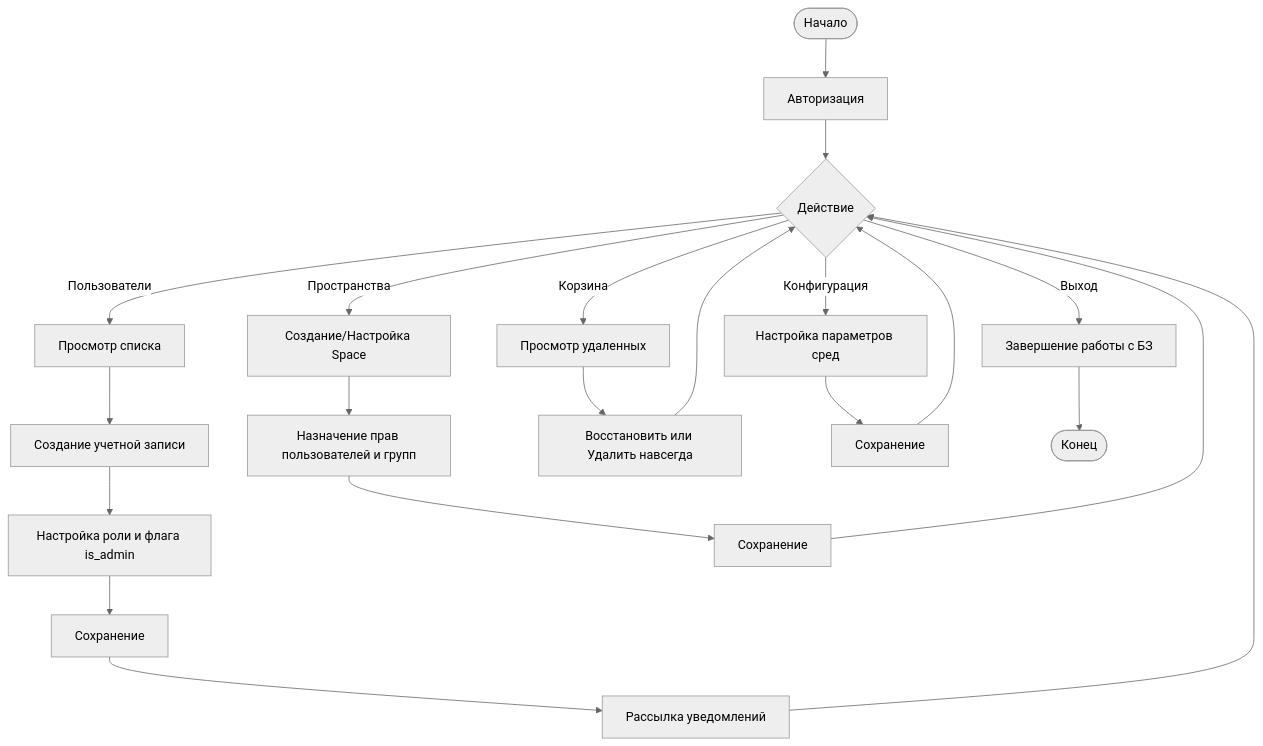
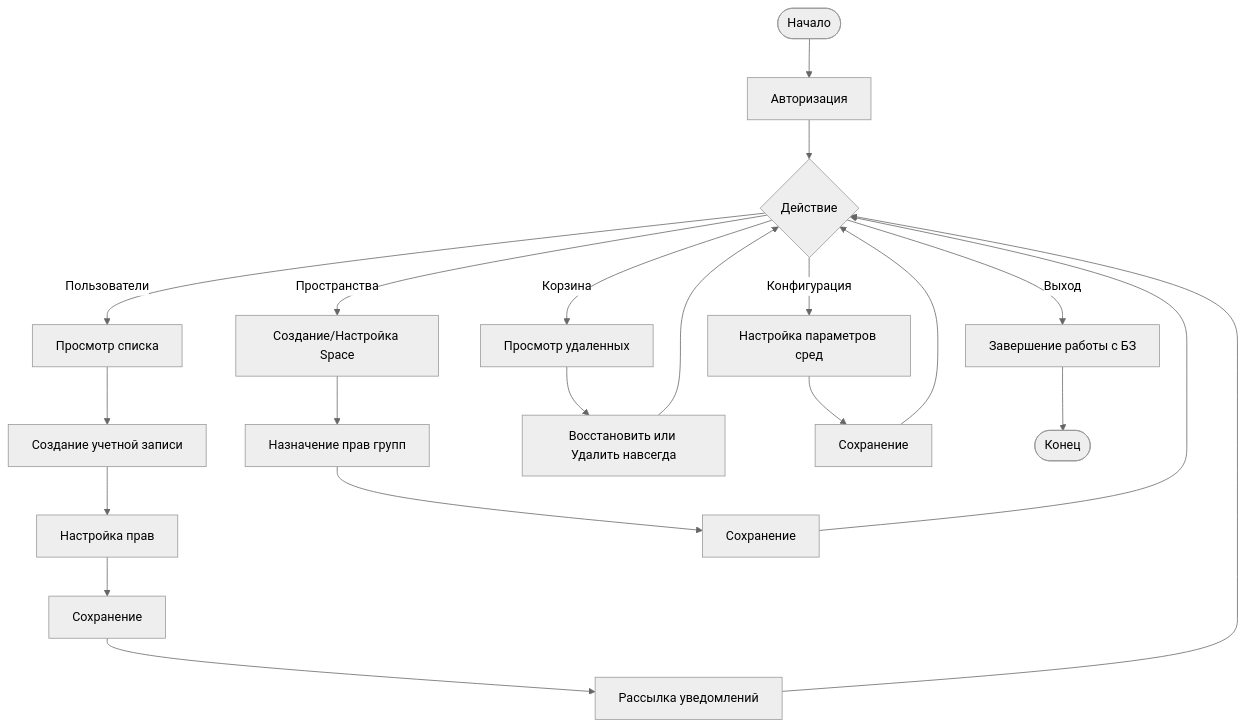
The third of 4 diagrams in base-requirements.md (C23-501-SoftDev/Docs), drawn with Mermaid (neutral theme) before and after one commit. The commit also changed other lines of this file and 2 other files, not shown here.

````diff
--- a/base-requirements.md
+++ b/base-requirements.md
@@ -168,28 +173,28 @@
 ```mermaid
 graph TD
     Start([Начало]) --> Login[Авторизация]
     Login --> AdminAction{Действие}
     
     AdminAction -->|Пользователи| UserList[Просмотр списка]
     UserList --> AddUser[Создание учетной записи]
-    AddUser --> UserRights[Настройка роли и флага is_admin]
+    AddUser --> UserRights[Настройка прав]
     UserRights --> SaveUser[Сохранение]
     SaveUser --> SendNotifyUser[Рассылка уведомлений]
     SendNotifyUser --> AdminAction
     
     AdminAction -->|Пространства| CreateSpace[Создание/Настройка Space]
-    CreateSpace --> SpaceRights[Назначение прав пользователей и групп]
+    CreateSpace --> SpaceRights[Назначение прав групп]
     SpaceRights --> SaveSpace[Сохранение]
     SaveSpace --> AdminAction
 
     AdminAction -->|Корзина| ViewTrash[Просмотр удаленных]
     ViewTrash --> RestoreOrHard[Восстановить или Удалить навсегда]
     RestoreOrHard --> AdminAction
     
     AdminAction -->|Конфигурация| Config[Настройка параметров сред]
     Config --> SaveConfig[Сохранение]
     SaveConfig --> AdminAction
     
     AdminAction -->|Выход| Logout[Завершение работы с БЗ]
     Logout --> End([Конец])
 ```
````
